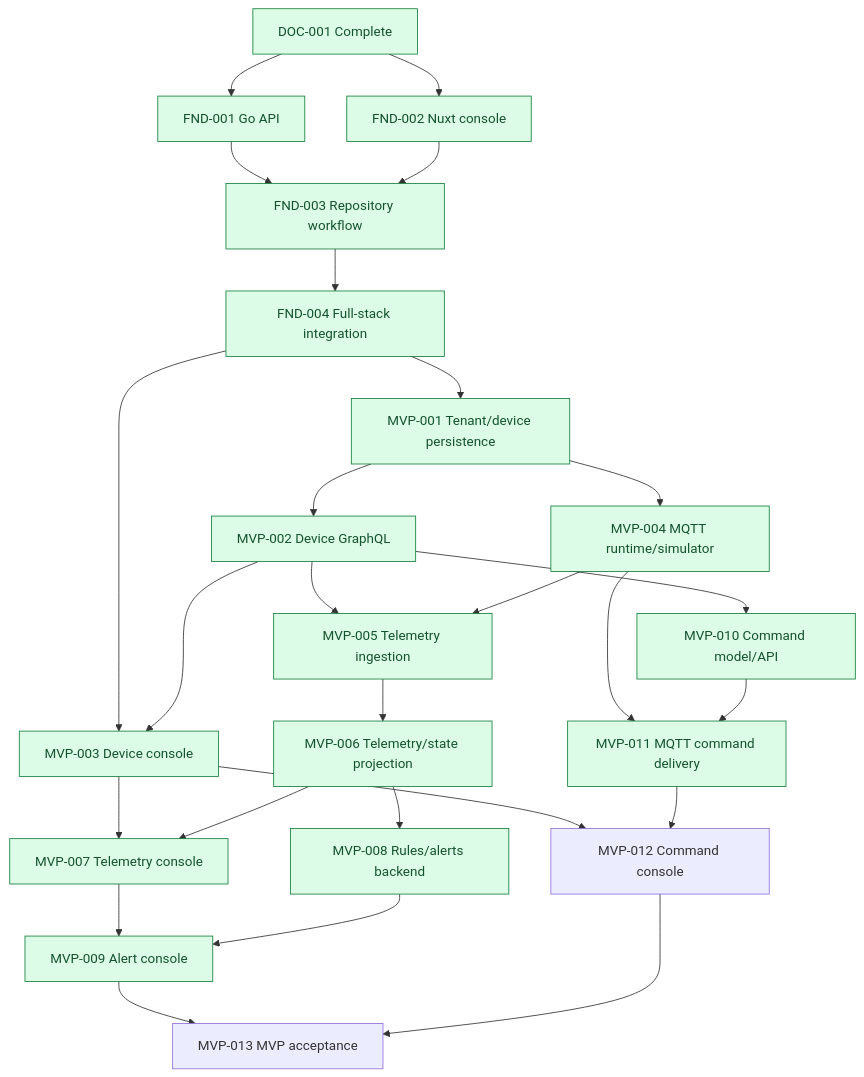
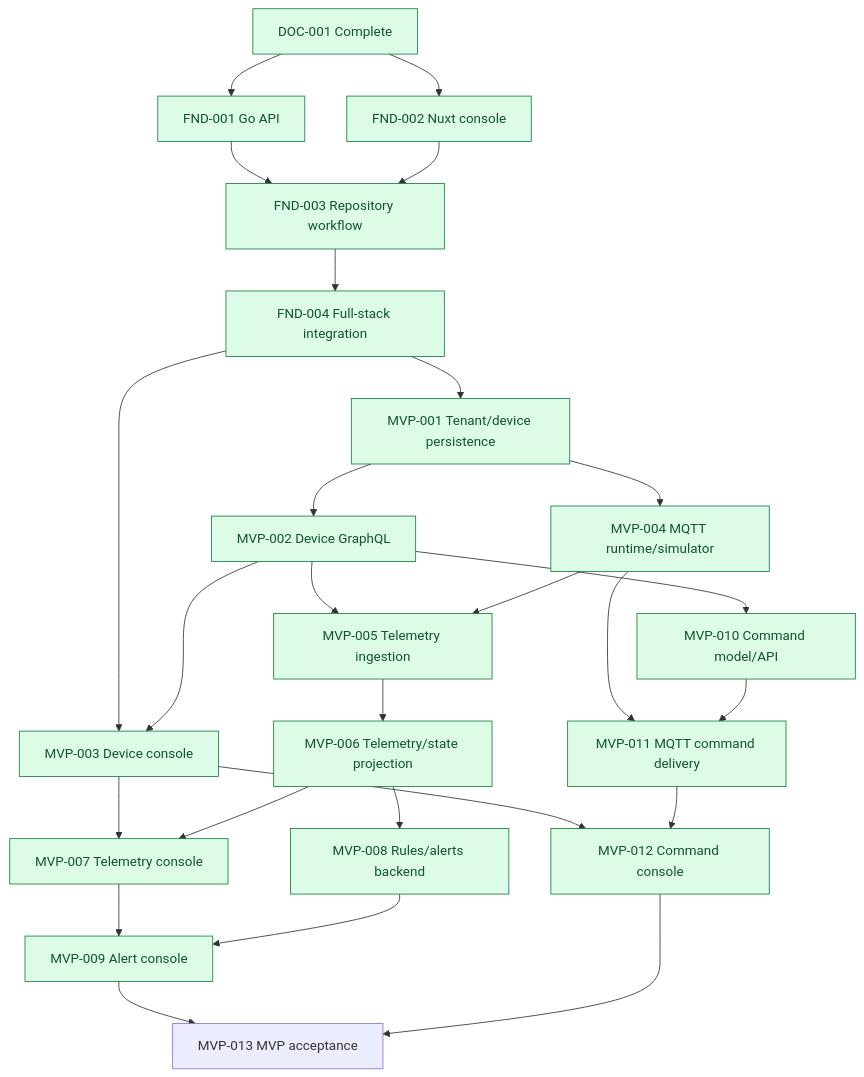
One commit to methat-ruk/pulsegrid changed the second of 2 diagrams in docs/roadmap/roadmap.md. Above: the diagram before and after it, drawn with Mermaid. The commit also changed other lines of this file and 7 other files, not shown here.

````diff
--- a/docs/roadmap/roadmap.md
+++ b/docs/roadmap/roadmap.md
@@ -49,52 +49,53 @@
 ```mermaid
 flowchart TD
     DOC001[DOC-001 Complete] --> FND001[FND-001 Go API]
     DOC001 --> FND002[FND-002 Nuxt console]
     FND001 --> FND003[FND-003 Repository workflow]
     FND002 --> FND003
     FND003 --> FND004[FND-004 Full-stack integration]
 
     FND004 --> MVP001[MVP-001 Tenant/device persistence]
     MVP001 --> MVP002[MVP-002 Device GraphQL]
     FND004 --> MVP003[MVP-003 Device console]
     MVP002 --> MVP003
 
     MVP001 --> MVP004[MVP-004 MQTT runtime/simulator]
     MVP002 --> MVP005[MVP-005 Telemetry ingestion]
     MVP004 --> MVP005
     MVP005 --> MVP006[MVP-006 Telemetry/state projection]
     MVP003 --> MVP007[MVP-007 Telemetry console]
     MVP006 --> MVP007
 
     MVP006 --> MVP008[MVP-008 Rules/alerts backend]
     MVP007 --> MVP009[MVP-009 Alert console]
     MVP008 --> MVP009
 
     MVP002 --> MVP010[MVP-010 Command model/API]
     MVP004 --> MVP011[MVP-011 MQTT command delivery]
     MVP010 --> MVP011
     MVP003 --> MVP012[MVP-012 Command console]
     MVP011 --> MVP012
 
     MVP009 --> MVP013[MVP-013 MVP acceptance]
     MVP012 --> MVP013
 
     classDef complete fill:#DCFCE7,stroke:#15803D,color:#14532D;
     classDef progress fill:#FEF3C7,stroke:#B45309,color:#78350F;
     class DOC001 complete;
     class FND001 complete;
     class FND002 complete;
     class FND003 complete;
     class FND004 complete;
     class MVP001 complete;
     class MVP002 complete;
     class MVP003 complete;
     class MVP004 complete;
     class MVP005 complete;
     class MVP006 complete;
     class MVP007 complete;
     class MVP008 complete;
     class MVP009 complete;
     class MVP010 complete;
     class MVP011 complete;
+    class MVP012 complete;
 ```
````
